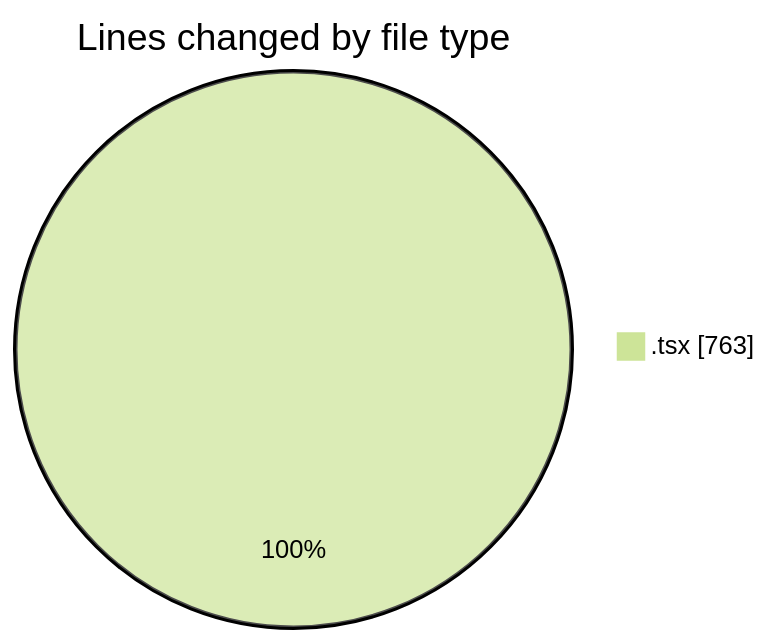
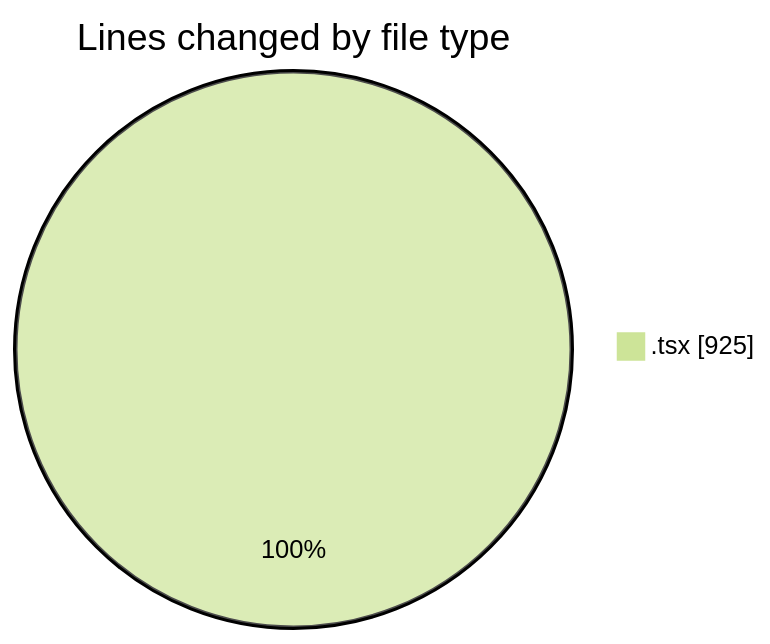
Before and after one commit to momahboobian/code-tracking: the first of 2 diagrams in 2026-11-11/cda/README.md, drawn with Mermaid (forest theme). The commit also changed other lines of this file and 1 other file, not shown here.

````diff
--- a/2026-11-11/cda/README.md
+++ b/2026-11-11/cda/README.md
@@ -21,5 +22,5 @@
 ```mermaid
 pie showData
 title Lines changed by file type
-".tsx" : 763
+".tsx" : 925
 ```
````
